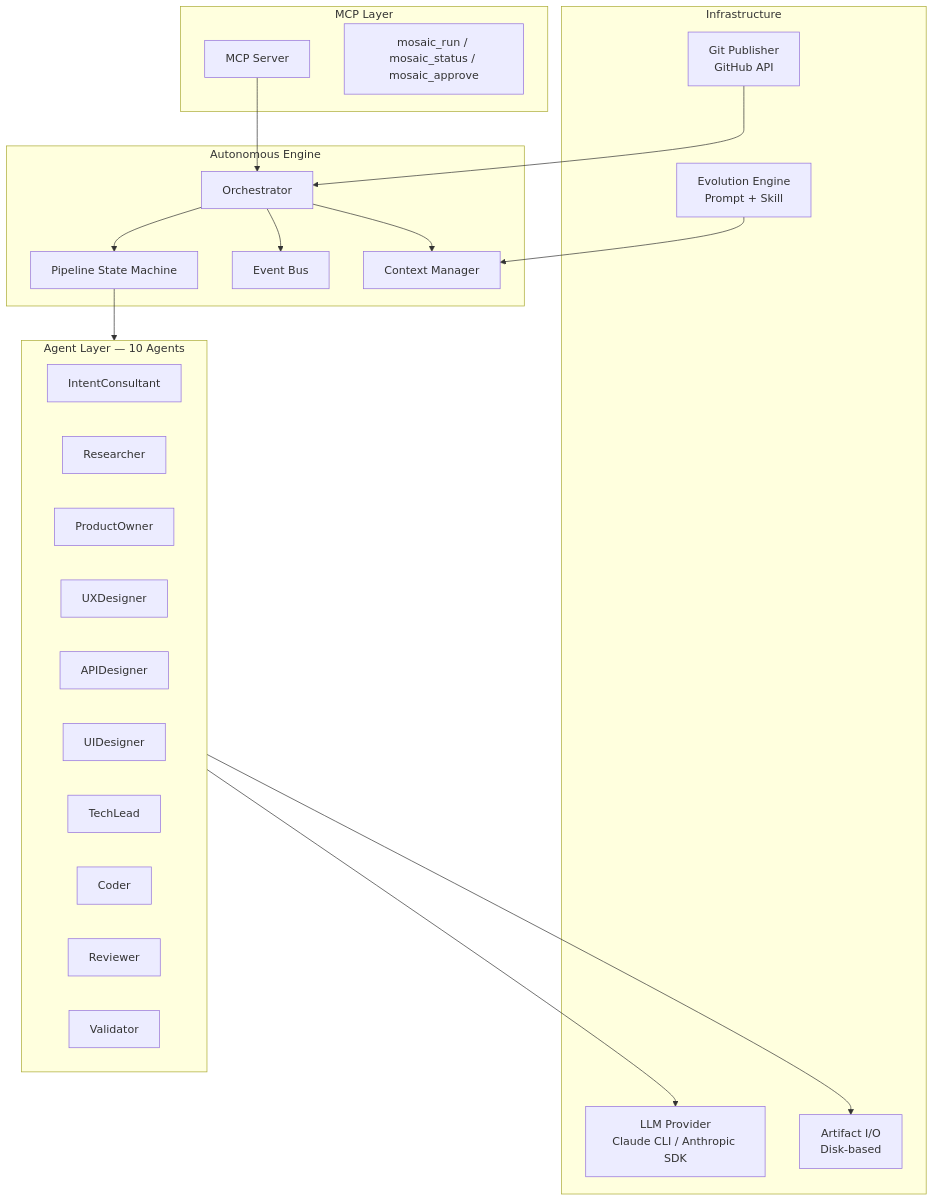
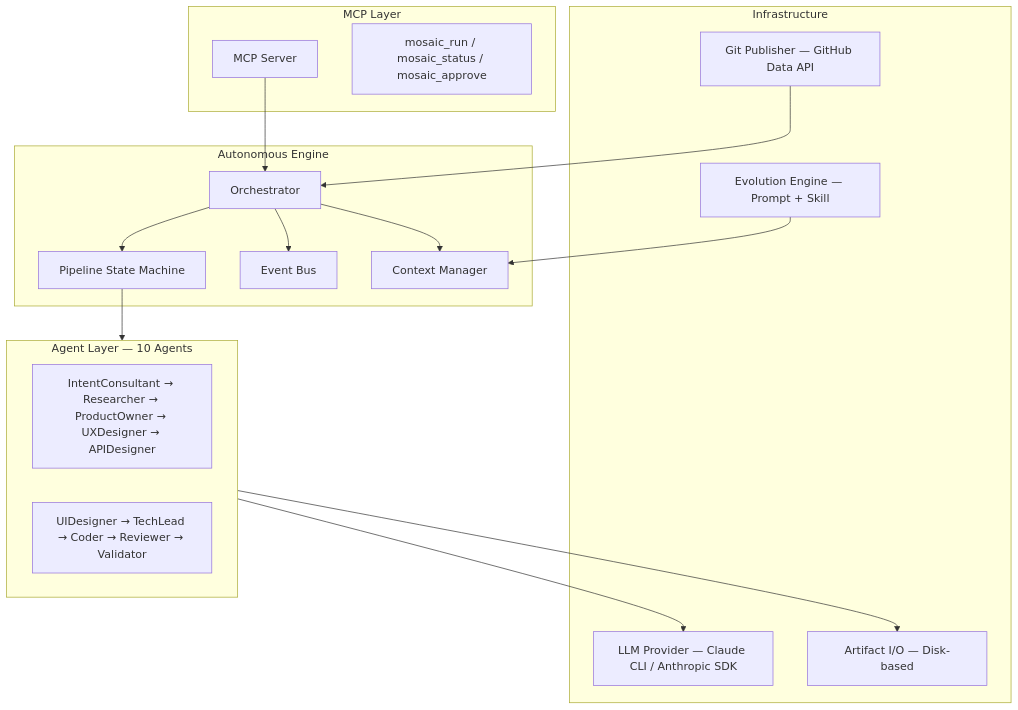
The third of 3 diagrams in README.md (ZB-ur/mosaicat), drawn with Mermaid before and after one commit. The commit also changed other lines of this file and 1 other file, not shown here.

````diff
--- a/README.md
+++ b/README.md
@@ -221,44 +215,37 @@
 ```mermaid
 graph TB
     subgraph MCP["MCP Layer"]
-        MCPServer[MCP Server]
-        MCPTools[mosaic_run / mosaic_status / mosaic_approve]
+        MCPServer["MCP Server"]
+        MCPTools["mosaic_run / mosaic_status / mosaic_approve"]
     end
 
     subgraph Engine["Autonomous Engine"]
-        Orch[Orchestrator]
-        Pipeline[Pipeline State Machine]
-        EventBus[Event Bus]
-        CtxMgr[Context Manager]
+        Orch["Orchestrator"]
+        Pipeline["Pipeline State Machine"]
+        EventBus["Event Bus"]
+        CtxMgr["Context Manager"]
     end
 
     subgraph Agents["Agent Layer — 10 Agents"]
-        IC3[IntentConsultant]
-        R3[Researcher]
-        PO3[ProductOwner]
-        UX3[UXDesigner]
-        API3[APIDesigner]
-        UI3[UIDesigner]
-        TL3[TechLead]
-        C3[Coder]
-        RV3[Reviewer]
-        V3[Validator]
+        direction LR
+        A1["IntentConsultant → Researcher → ProductOwner → UXDesigner → APIDesigner"]
+        A2["UIDesigner → TechLead → Coder → Reviewer → Validator"]
     end
 
     subgraph Infra["Infrastructure"]
-        Provider[LLM Provider<br/>Claude CLI / Anthropic SDK]
-        Git[Git Publisher<br/>GitHub API]
-        Artifacts[Artifact I/O<br/>Disk-based]
-        Evolution[Evolution Engine<br/>Prompt + Skill]
+        Provider["LLM Provider — Claude CLI / Anthropic SDK"]
+        Git["Git Publisher — GitHub Data API"]
+        Artifacts["Artifact I/O — Disk-based"]
+        Evolution["Evolution Engine — Prompt + Skill"]
     end
 
     MCPServer --> Orch
     Orch --> Pipeline
     Orch --> EventBus
     Orch --> CtxMgr
     Pipeline --> Agents
     Agents --> Provider
     Agents --> Artifacts
     Git --> Orch
     Evolution --> CtxMgr
 ```
````
